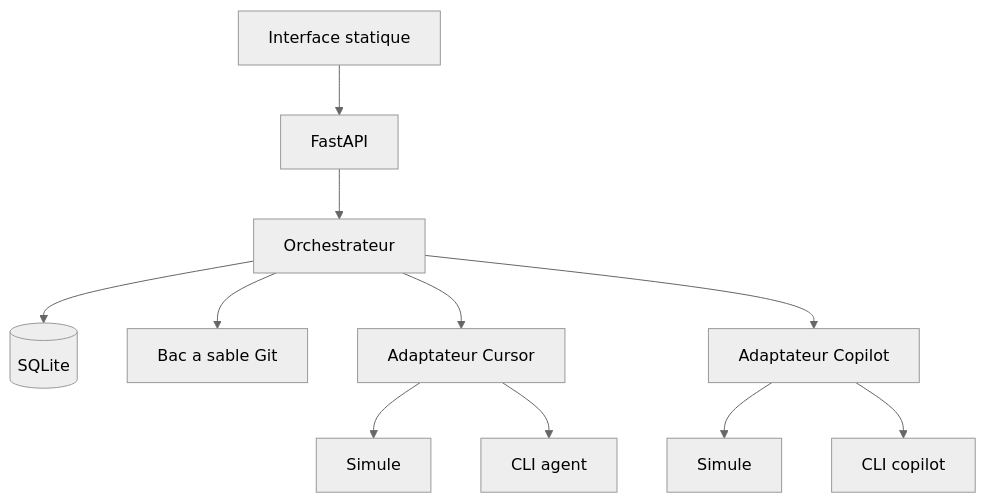
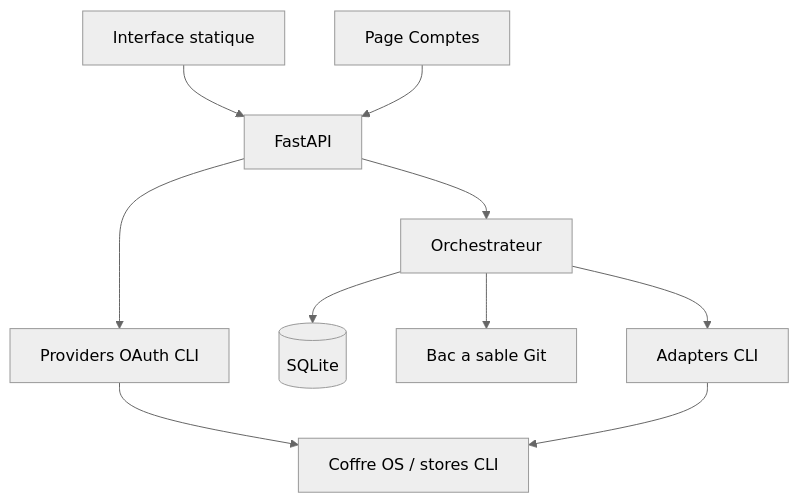
One commit to florian-marquis/Vestiges-horizons changed the second of 2 diagrams in multiagents/docs/ARCHITECTURE.md. Above: the diagram before and after it, drawn with Mermaid (neutral theme). The commit also changed other lines of this file and 57 other files, not shown here.

````diff
--- a/multiagents/docs/ARCHITECTURE.md
+++ b/multiagents/docs/ARCHITECTURE.md
@@ -22,13 +25,12 @@
 ```mermaid
 flowchart TD
   ui[Interface statique] --> api[FastAPI]
+  comptes[Page Comptes] --> api
+  api --> providers[Providers OAuth CLI]
+  providers --> osStore[Coffre OS / stores CLI]
   api --> orch[Orchestrateur]
   orch --> db[(SQLite)]
   orch --> sandbox[Bac a sable Git]
-  orch --> cursor[Adaptateur Cursor]
-  orch --> copilot[Adaptateur Copilot]
-  cursor --> simC[Simule]
-  cursor --> agentCli[CLI agent]
-  copilot --> simP[Simule]
-  copilot --> copilotCli[CLI copilot]
+  orch --> adapters[Adapters CLI]
+  adapters --> osStore
 ```
````
